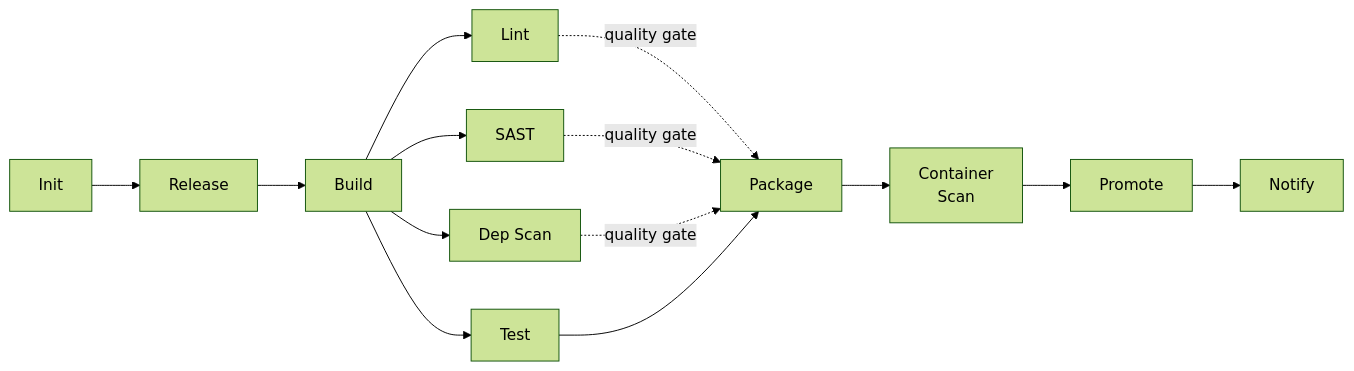
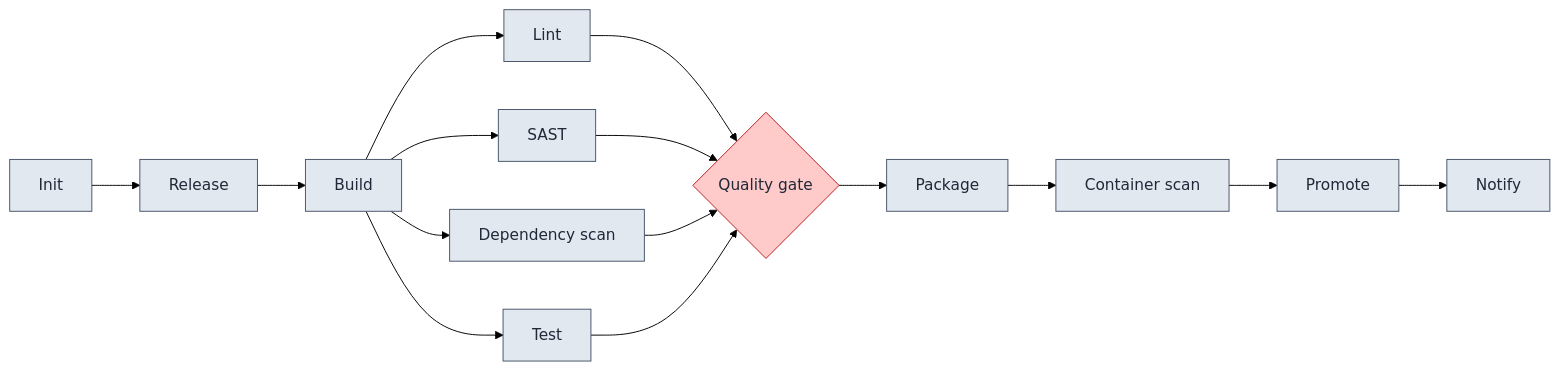
Before and after one commit to getbrik/brik: the second of 3 diagrams in README.md, drawn with Mermaid (forest theme). The commit also changed other lines of this file and 9 other files, not shown here.

````diff
--- a/README.md
+++ b/README.md
@@ -133,16 +165,19 @@
 ```mermaid
 flowchart LR
-    init["Init"] --> release["Release"]
-    release --> build["Build"]
-    build --> lint["Lint"]
-    build --> sast["SAST"]
-    build --> scan["Dep Scan"]
-    build --> test["Test"]
-    lint -. quality gate .-> package["Package"]
-    sast -. quality gate .-> package
-    scan -. quality gate .-> package
-    test --> package
-    package --> cscan["Container<br/>Scan"]
-    cscan --> promote["Promote"]
-    promote --> notify["Notify"]
+    init["Init"]:::stage --> release["Release"]:::stage --> build["Build"]:::stage
+    build --> lint["Lint"]:::stage
+    build --> sast["SAST"]:::stage
+    build --> scan["Dependency scan"]:::stage
+    build --> test["Test"]:::stage
+    lint --> qg
+    sast --> qg
+    scan --> qg
+    test --> qg
+    qg{"Quality gate"}:::gate --> package["Package"]:::stage
+    package --> cscan["Container scan"]:::stage
+    cscan --> promote["Promote"]:::stage
+    promote --> notify["Notify"]:::stage
+
+    classDef stage fill:#e2e8f0,stroke:#475569,color:#1f2937
+    classDef gate fill:#fecaca,stroke:#b91c1c,color:#1f2937
 ```
````
